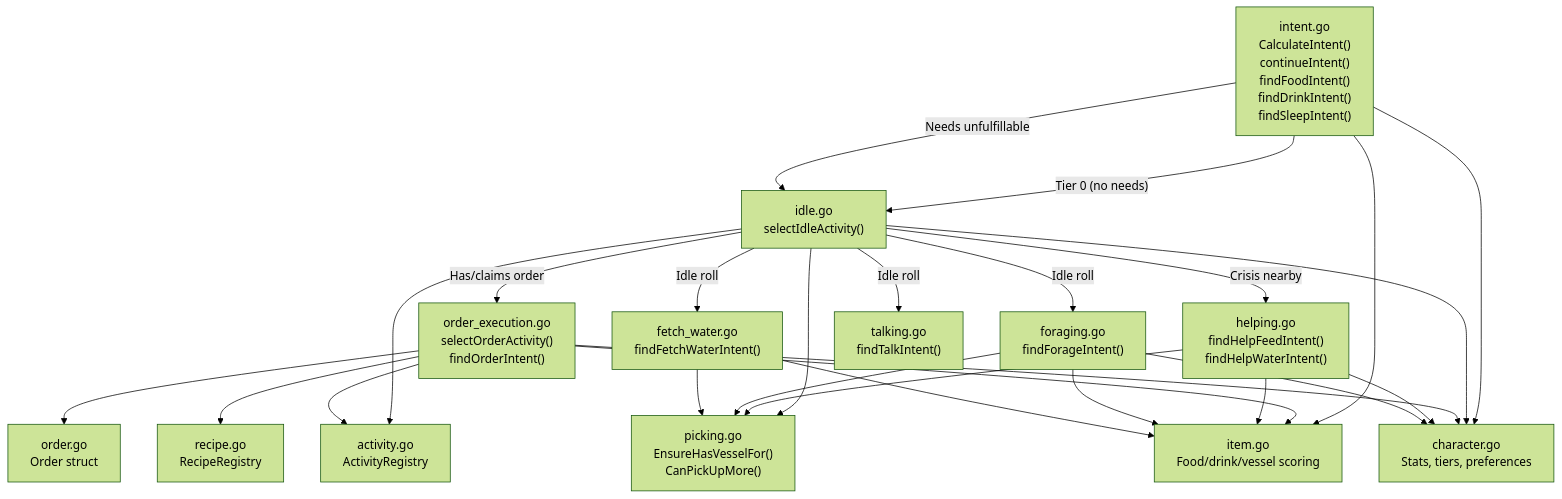
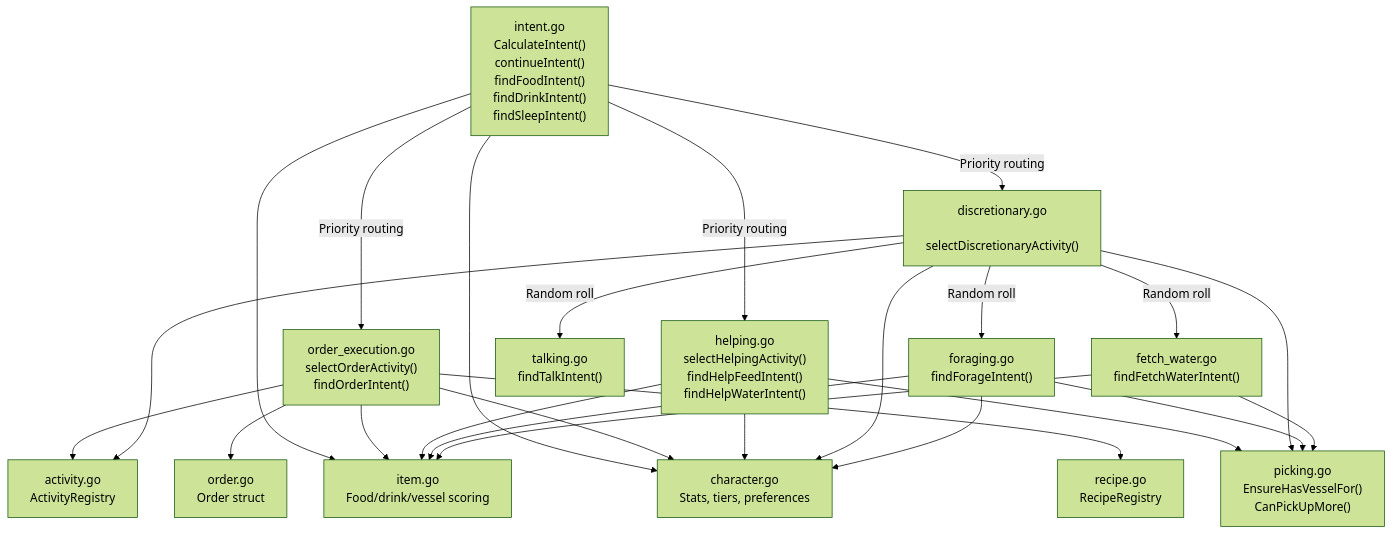
Before and after one commit to suzbot/petri: the second of 10 diagrams in docs/flow-diagrams.md, drawn with Mermaid (forest theme). The commit also changed other lines of this file and 10 other files, not shown here.

Commit message:
docs: update architecture docs for extraction and action priority model

````diff
--- a/docs/flow-diagrams.md
+++ b/docs/flow-diagrams.md
@@ -169,73 +176,73 @@
 ```mermaid
 flowchart TD
     intent["intent.go
     CalculateIntent()
     continueIntent()
     findFoodIntent()
     findDrinkIntent()
     findSleepIntent()"]
 
-    idle["idle.go
-    selectIdleActivity()"]
     orders["order_execution.go
     selectOrderActivity()
     findOrderIntent()"]
     helping["helping.go
+    selectHelpingActivity()
     findHelpFeedIntent()
     findHelpWaterIntent()"]
+    discretionary["discretionary.go
+    selectDiscretionaryActivity()"]
     forage["foraging.go
     findForageIntent()"]
     fetch["fetch_water.go
     findFetchWaterIntent()"]
     talk["talking.go
     findTalkIntent()"]
     pick["picking.go
     EnsureHasVesselFor()
     CanPickUpMore()"]
 
     char["character.go
     Stats, tiers, preferences"]
     item["item.go
     Food/drink/vessel scoring"]
     activity["activity.go
     ActivityRegistry"]
     order["order.go
     Order struct"]
     recipe["recipe.go
     RecipeRegistry"]
 
-    %% Intent tree
-    intent -->|"Tier 0 (no needs)"| idle
-    intent -->|"Needs unfulfillable"| idle
+    %% Priority routing (Orders → Helping → Discretionary)
+    intent -->|"Priority routing"| orders
+    intent -->|"Priority routing"| helping
+    intent -->|"Priority routing"| discretionary
     intent --> char
     intent --> item
-
-    %% Idle dispatches
-    idle -->|"Has/claims order"| orders
-    idle -->|"Crisis nearby"| helping
-    idle -->|"Idle roll"| forage
-    idle -->|"Idle roll"| fetch
-    idle -->|"Idle roll"| talk
-    idle --> pick
-    idle --> activity
-    idle --> char
 
     %% Order evaluation
     orders --> activity
     orders --> order
     orders --> item
     orders --> char
     orders --> recipe
 
     %% Helping evaluation
     helping --> pick
     helping --> char
     helping --> item
 
+    %% Discretionary roll
+    discretionary -->|"Random roll"| forage
+    discretionary -->|"Random roll"| fetch
+    discretionary -->|"Random roll"| talk
+    discretionary --> pick
+    discretionary --> activity
+    discretionary --> char
+
     %% Forage/fetch evaluation
     forage --> pick
     forage --> item
     forage --> char
     fetch --> pick
     fetch --> item
 ```
````
